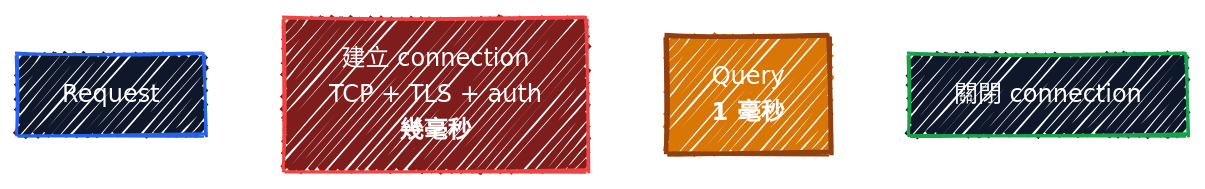
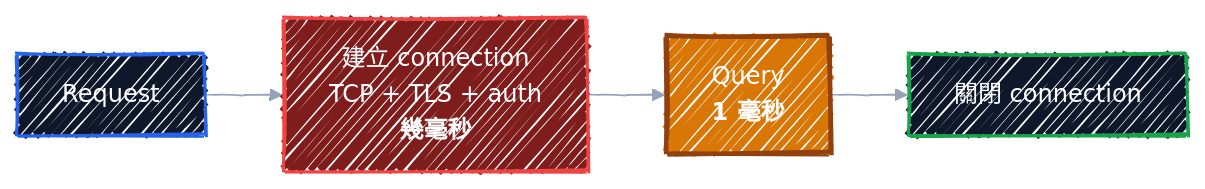
One commit to r97221004/BK-interview changed the first of 2 diagrams in docs/architecture-and-scaling/q38-connection-pooling.md. Above: the diagram before and after it, drawn with Mermaid. The commit also changed other lines of this file and 15 other files, not shown here.

````diff
--- a/docs/architecture-and-scaling/q38-connection-pooling.md
+++ b/docs/architecture-and-scaling/q38-connection-pooling.md
@@ -47,24 +47,24 @@
 ```mermaid
 ---
 config:
   look: handDrawn
   theme: default
   themeVariables:
     fontFamily: '"Comic Sans MS", "Comic Sans", "Segoe Print", "Bradley Hand", cursive'
-    lineColor: '#FFFFFF'
+    lineColor: '#94A3B8'
     edgeLabelBackground: '#475569'
   themeCSS: |
     .edgeLabel, .edgeLabel p, .edgeLabel span { color: #FFFFFF !important; }
 ---
 flowchart LR
     r["Request"] --> o["建立 connection<br/>TCP + TLS + auth<br/><b>幾毫秒</b>"] --> q["Query<br/><b>1 毫秒</b>"] --> c["關閉 connection"]
 
     classDef edgeStyle fill:#0F172A,stroke:#2563EB,stroke-width:2px,color:#FFFFFF
     classDef svcStyle fill:#D97706,stroke:#92400E,stroke-width:3px,color:#FFFFFF
     classDef dataStyle fill:#0F172A,stroke:#16A34A,stroke-width:2px,color:#FFFFFF
     classDef badStyle fill:#7F1D1D,stroke:#EF4444,stroke-width:2px,color:#FFFFFF
     class r edgeStyle
     class o badStyle
     class q svcStyle
     class c dataStyle
 ```
````
